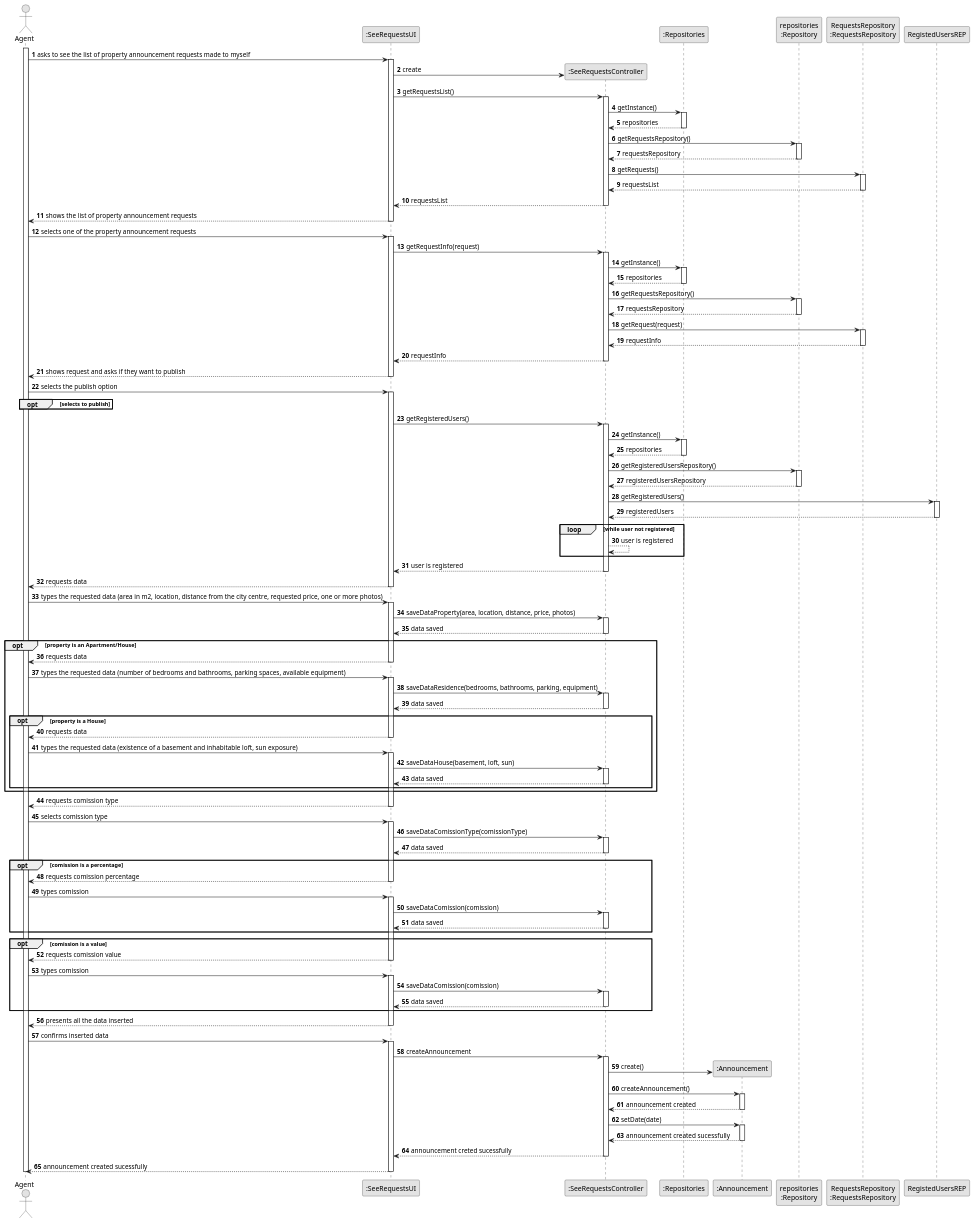
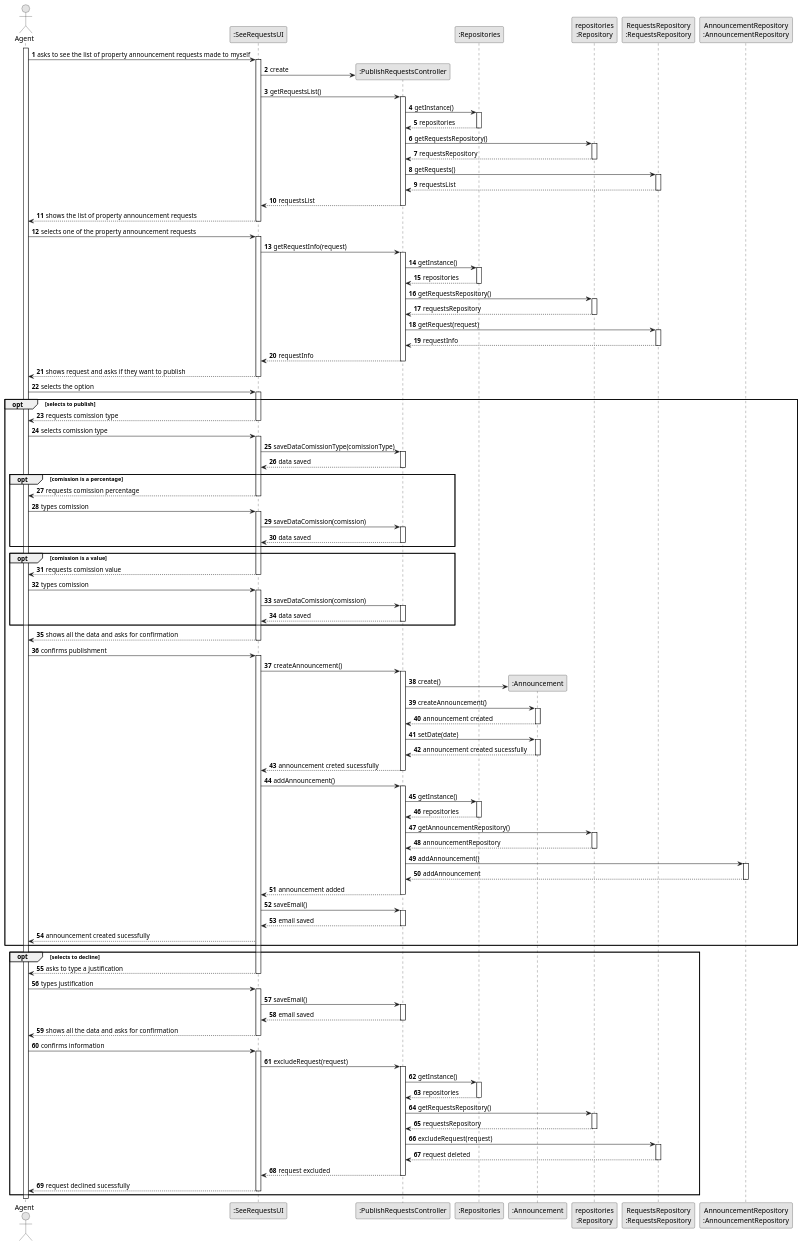
Before and after one commit to 1220812/LAPR2: the diagram in docs/sprintC/us008/03.design/puml/us008-sequence-diagram-full.puml, drawn with PlantUML. The commit also changed other lines of this file and 6 other files, not shown here.

```diff
--- a/docs/sprintC/us008/03.design/puml/us008-sequence-diagram-full.puml
+++ b/docs/sprintC/us008/03.design/puml/us008-sequence-diagram-full.puml
@@ -8,11 +9,12 @@
 'hide footbox
 actor "Agent" as AGENT
 participant ":SeeRequestsUI" as UI
-participant ":SeeRequestsController" as CTRL
+participant ":PublishRequestsController" as CTRL
 participant ":Repositories" as REP
 participant ":Announcement" as ANCMT
 participant "repositories\n:Repository" as PLAT
 participant "RequestsRepository\n:RequestsRepository" as RequestsREP
+participant "AnnouncementRepository\n:AnnouncementRepository" as AnnouncementREP
 
 
 activate AGENT
@@ -73,131 +75,142 @@
         UI --> AGENT : shows request and asks if they want to publish
     deactivate UI
 
-    AGENT -> UI : selects the publish option
+    AGENT -> UI : selects the option
     activate UI
 
     opt selects to publish
 
 
-
-    end opt
-
+    UI --> AGENT : requests comission type
+    deactivate UI
+    AGENT -> UI : selects comission type
     activate UI
-        UI -> CTRL : getRegisteredUsers()
-        activate CTRL
-        CTRL -> REP : getInstance()
-        activate REP
-        REP --> CTRL : repositories
-        deactivate REP
-        CTRL -> PLAT : getRegisteredUsersRepository()
-        activate PLAT
-        PLAT --> CTRL : registeredUsersRepository
-        deactivate PLAT
-        CTRL -> RegistedUsersREP : getRegisteredUsers()
-        activate RegistedUsersREP
-        RegistedUsersREP --> CTRL : registeredUsers
-        deactivate RegistedUsersREP
-        loop while user not registered
-        CTRL --> CTRL : user is registered
-        end loop
-        CTRL --> UI : user is registered
-        deactivate CTRL
-        UI --> AGENT : requests data
-        deactivate UI
-
-        AGENT -> UI : types the requested data (area in m2, location, distance from the city centre, requested price, one or more photos)
-        activate UI
-        UI -> CTRL : saveDataProperty(area, location, distance, price, photos)
-        activate CTRL
-        CTRL --> UI : data saved
-        deactivate CTRL
-
-
-        opt property is an Apartment/House
-
-        UI --> AGENT : requests data
+    UI -> CTRL : saveDataComissionType(comissionType)
+    activate CTRL
+    CTRL --> UI : data saved
+    deactivate CTRL
+    opt comission is a percentage
+    UI --> AGENT : requests comission percentage
     deactivate UI
-
-    AGENT -> UI : types the requested data (number of bedrooms and bathrooms, parking spaces, available equipment)
-        activate UI
-
-    UI -> CTRL : saveDataResidence(bedrooms, bathrooms, parking, equipment)
+    AGENT -> UI : types comission
+    activate UI
+    UI -> CTRL : saveDataComission(comission)
     activate CTRL
     CTRL --> UI : data saved
     deactivate CTRL
 
 
-        opt property is a House
+    end opt
 
-        UI --> AGENT : requests data
+    opt comission is a value
+    UI --> AGENT : requests comission value
     deactivate UI
-AGENT -> UI : types the requested data (existence of a basement and inhabitable loft, sun exposure)
-activate UI
-UI -> CTRL : saveDataHouse(basement, loft, sun)
-activate CTRL
-CTRL --> UI : data saved
-deactivate CTRL
+    AGENT -> UI : types comission
+    activate UI
+    UI -> CTRL : saveDataComission(comission)
+    activate CTRL
+    CTRL --> UI : data saved
+    deactivate CTRL
+    end opt
+    UI --> AGENT : shows all the data and asks for confirmation
+    deactivate UI
+    AGENT -> UI : confirms publishment
+    activate UI
+    UI -> CTRL : createAnnouncement()
+    activate CTRL
+    CTRL -> ANCMT** : create()
+    CTRL -> ANCMT : createAnnouncement()
+    activate ANCMT
+    ANCMT --> CTRL : announcement created
+    deactivate ANCMT
+    CTRL -> ANCMT : setDate(date)
+    activate ANCMT
+    ANCMT --> CTRL : announcement created sucessfully
+    deactivate ANCMT
 
-end opt
-end opt
-UI --> AGENT : requests comission type
-deactivate UI
-AGENT -> UI : selects comission type
-activate UI
-UI -> CTRL : saveDataComissionType(comissionType)
-activate CTRL
-CTRL --> UI : data saved
-deactivate CTRL
-opt comission is a percentage
-UI --> AGENT : requests comission percentage
-deactivate UI
-AGENT -> UI : types comission
-activate UI
-UI -> CTRL : saveDataComission(comission)
-activate CTRL
-CTRL --> UI : data saved
-deactivate CTRL
+    CTRL --> UI : announcement creted sucessfully
+    deactivate CTRL
+    UI -> CTRL : addAnnouncement()
+    activate CTRL
+    CTRL -> REP : getInstance()
+                    activate REP
+
+                        REP --> CTRL: repositories
+                    deactivate REP
+
+                    CTRL -> PLAT : getAnnouncementRepository()
+                    activate PLAT
+
+                        PLAT --> CTRL: announcementRepository
+                    deactivate PLAT
+
+                    CTRL -> AnnouncementREP : addAnnouncement()
+                    activate AnnouncementREP
+
+                        AnnouncementREP --> CTRL : addAnnouncement
+                    deactivate AnnouncementREP
+
+                    CTRL --> UI : announcement added
+                deactivate CTRL
+                 UI -> CTRL : saveEmail()
+                 activate CTRL
+                 CTRL --> UI : email saved
+                 deactivate CTRL
+                 UI --> AGENT : announcement created sucessfully
 
 
-end opt
-
-opt comission is a value
-UI --> AGENT : requests comission value
-deactivate UI
-AGENT -> UI : types comission
-activate UI
-UI -> CTRL : saveDataComission(comission)
-activate CTRL
-CTRL --> UI : data saved
-deactivate CTRL
-end opt
 
 
-UI --> AGENT : presents all the data inserted
+    end opt
 
-deactivate UI
+    opt selects to decline
 
-AGENT -> UI : confirms inserted data
+    UI --> AGENT : asks to type a justification
+    deactivate UI
+    AGENT -> UI : types justification
+    activate UI
+    UI -> CTRL : saveEmail()
+    activate CTRL
+    CTRL --> UI : email saved
+    deactivate CTRL
+    UI --> AGENT : shows all the data and asks for confirmation
+    deactivate UI
+    AGENT -> UI : confirms information
+    activate UI
+    UI -> CTRL : excludeRequest(request)
+            activate CTRL
 
-activate UI
-UI -> CTRL : createAnnouncement
-activate CTRL
-CTRL -> ANCMT** : create()
-CTRL -> ANCMT : createAnnouncement()
-activate ANCMT
-ANCMT --> CTRL : announcement created
-deactivate ANCMT
-CTRL -> ANCMT : setDate(date)
-activate ANCMT
-ANCMT --> CTRL : announcement created sucessfully
-deactivate ANCMT
+                CTRL -> REP : getInstance()
+                activate REP
 
-CTRL --> UI : announcement creted sucessfully
-deactivate CTRL
+                    REP --> CTRL: repositories
+                deactivate REP
+
+                CTRL -> PLAT : getRequestsRepository()
+                activate PLAT
+
+                    PLAT --> CTRL: requestsRepository
+                deactivate PLAT
+
+                CTRL -> RequestsREP : excludeRequest(request)
+                activate RequestsREP
+
+                    RequestsREP --> CTRL : request deleted
+                deactivate RequestsREP
+
+                CTRL --> UI : request excluded
+            deactivate CTRL
+            UI --> AGENT : request declined sucessfully
+            deactivate UI
+    end opt
 
 
-UI --> AGENT : announcement created sucessfully
-deactivate UI
+
+
+
+
+
+
 
 
 
```
